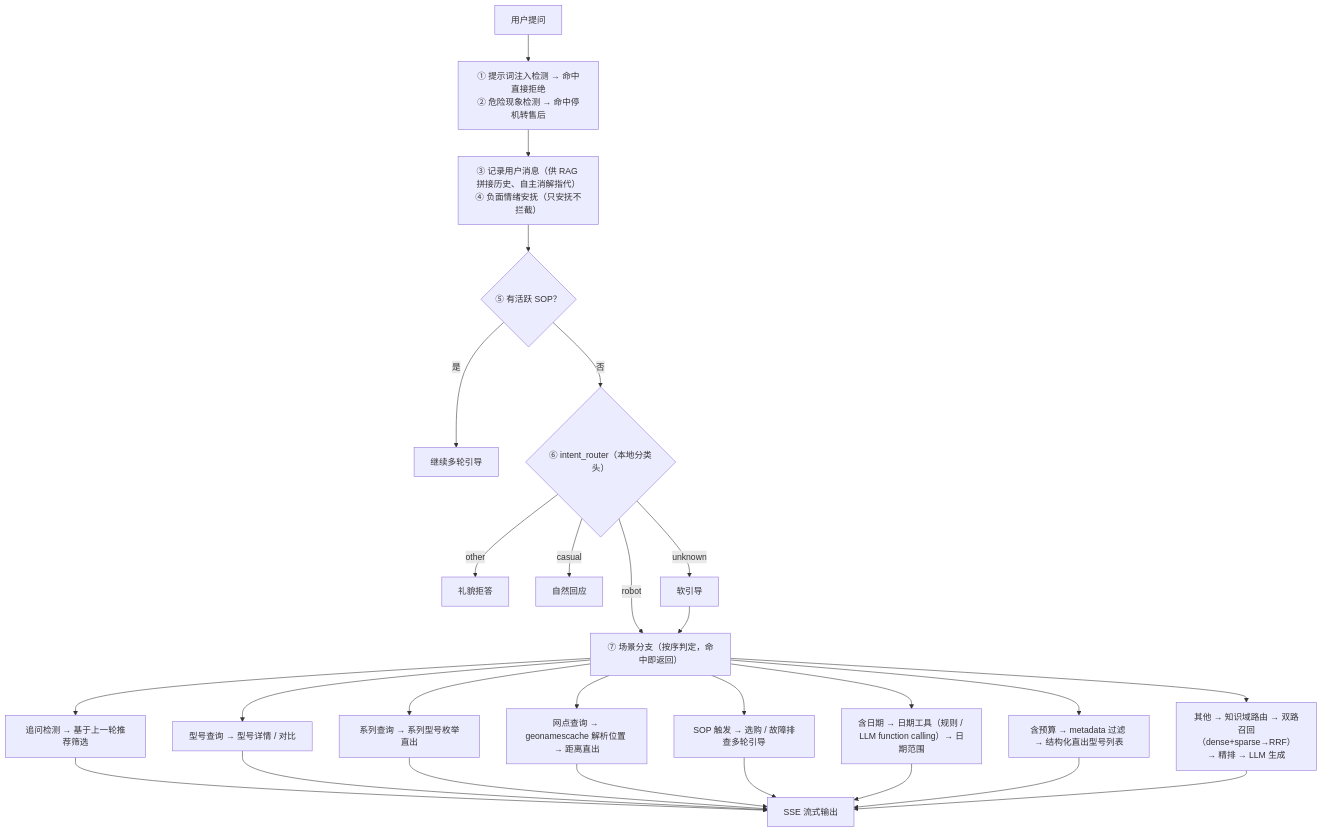
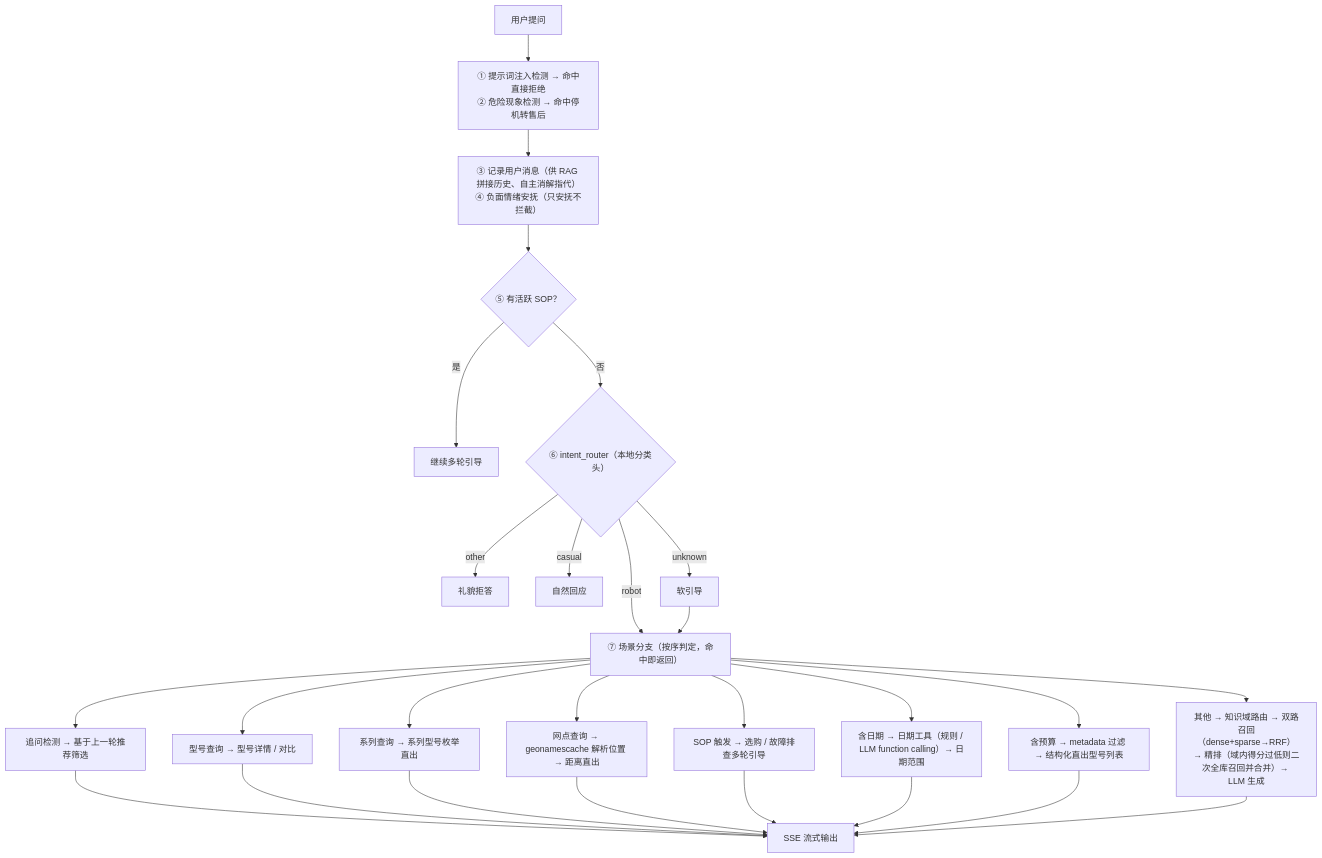
One commit to apkdio/clean_robot_agent changed the diagram in README.md. Above: the diagram before and after it, drawn with Mermaid. The commit also changed other lines of this file and 32 other files, not shown here.

````diff
--- a/README.md
+++ b/README.md
@@ -314,29 +315,29 @@
 ```mermaid
 flowchart TD
     Q["用户提问"] --> G1["① 提示词注入检测 → 命中直接拒绝<br/>② 危险现象检测 → 命中停机转售后"]
     G1 --> G2["③ 记录用户消息（供 RAG 拼接历史、自主消解指代）<br/>④ 负面情绪安抚（只安抚不拦截）"]
     G2 --> G3{"⑤ 有活跃 SOP？"}
     G3 -->|是| S1["继续多轮引导"]
     G3 -->|否| IR{"⑥ intent_router（本地分类头）"}
     IR -->|other| O1["礼貌拒答"]
     IR -->|casual| O2["自然回应"]
     IR -->|unknown| O3["软引导"]
     IR -->|robot| G4["⑦ 场景分支（按序判定，命中即返回）"]
     O3 --> G4
     G4 --> C1["追问检测 → 基于上一轮推荐筛选"]
     G4 --> C2["型号查询 → 型号详情 / 对比"]
     G4 --> C3["系列查询 → 系列型号枚举直出"]
     G4 --> C4["网点查询 → geonamescache 解析位置 → 距离直出"]
     G4 --> C5["SOP 触发 → 选购 / 故障排查多轮引导"]
     G4 --> C6["含日期 → 日期工具（规则 / LLM function calling）→ 日期范围"]
     G4 --> C7["含预算 → metadata 过滤 → 结构化直出型号列表"]
-    G4 --> C8["其他 → 知识域路由 → 双路召回（dense+sparse→RRF）→ 精排 → LLM 生成"]
+    G4 --> C8["其他 → 知识域路由 → 双路召回（dense+sparse→RRF）→ 精排（域内得分过低则二次全库召回并合并）→ LLM 生成"]
     C1 --> OUT["SSE 流式输出"]
     C2 --> OUT
     C3 --> OUT
     C4 --> OUT
     C5 --> OUT
     C6 --> OUT
     C7 --> OUT
     C8 --> OUT
 ```
````
